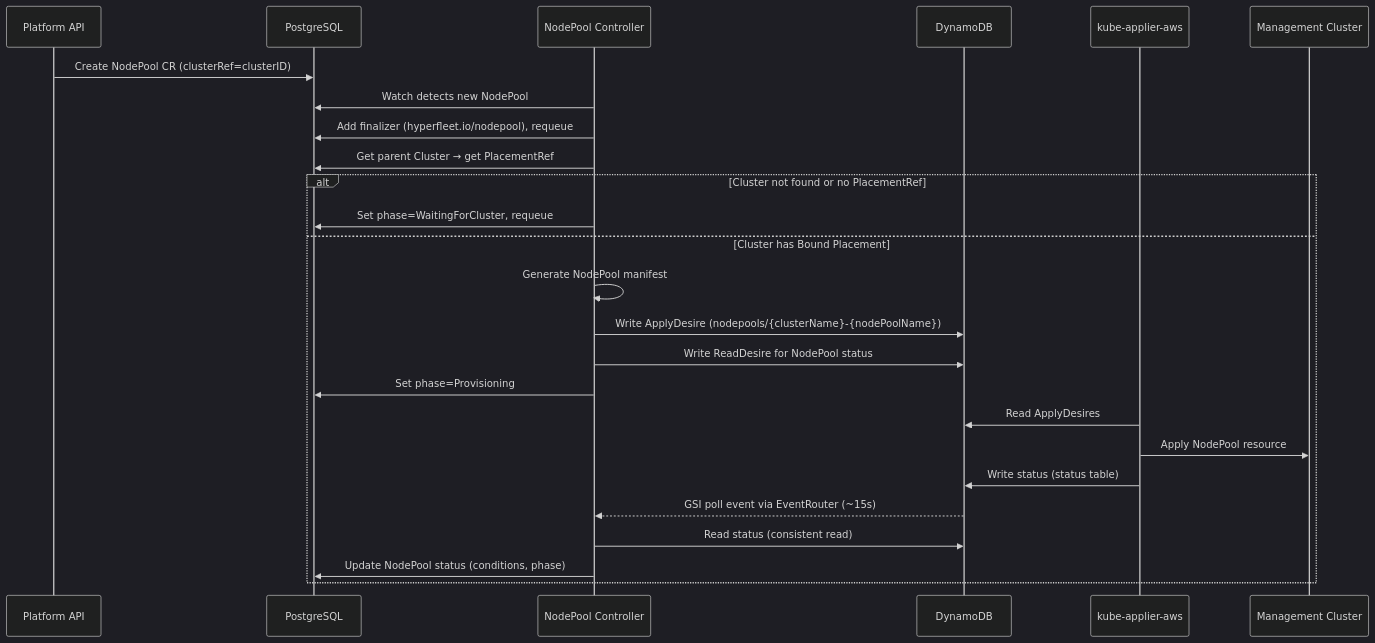
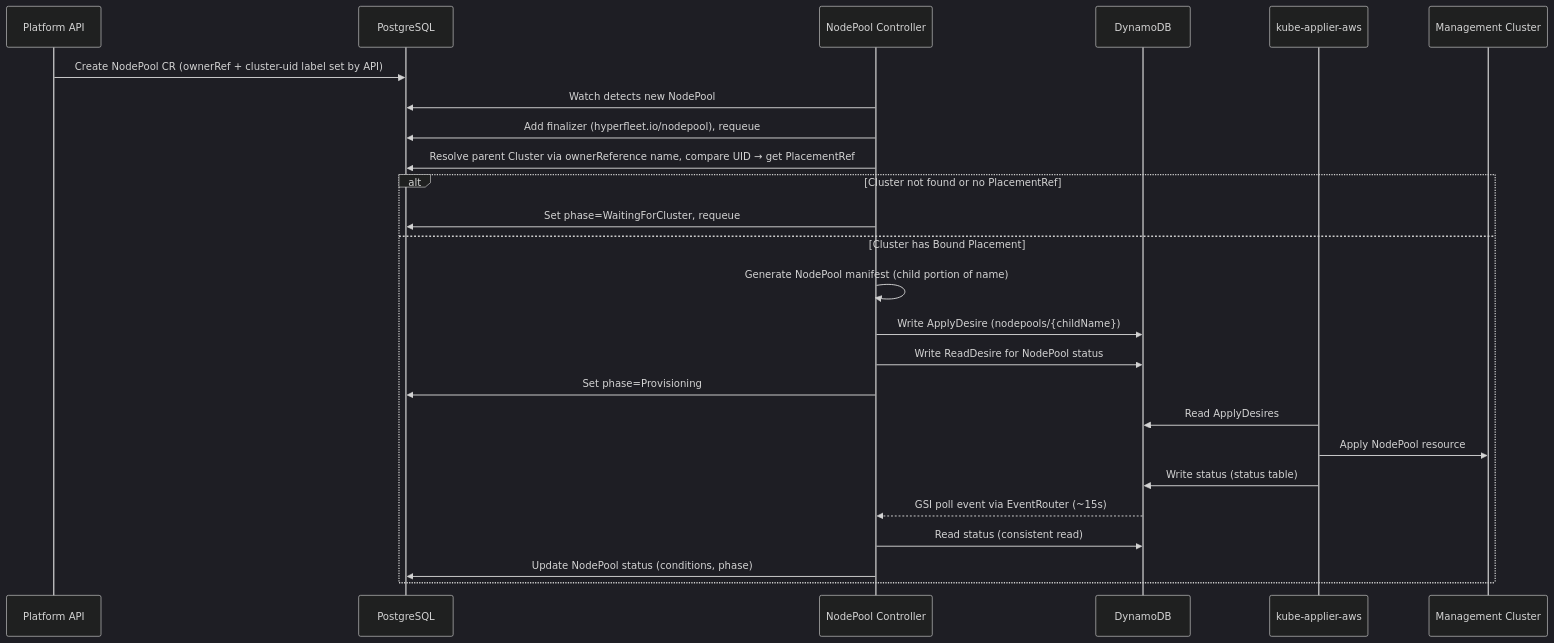
The first of 2 diagrams in hyperfleet-operator/docs/nodepool-controller.md (Alcamech/rosa-hyperfleet-api), drawn with Mermaid (dark theme) before and after one commit. The commit also changed other lines of this file and 4 other files, not shown here.

````diff
--- a/hyperfleet-operator/docs/nodepool-controller.md
+++ b/hyperfleet-operator/docs/nodepool-controller.md
@@ -5,29 +5,29 @@
 ```mermaid
 sequenceDiagram
     participant API as Platform API
     participant PG as PostgreSQL
     participant NPC as NodePool Controller
     participant DDB as DynamoDB
 
     participant KA as kube-applier-aws
     participant MC as Management Cluster
 
-    API->>PG: Create NodePool CR (clusterRef=clusterID)
+    API->>PG: Create NodePool CR (ownerRef + cluster-uid label set by API)
     NPC->>PG: Watch detects new NodePool
     NPC->>PG: Add finalizer (hyperfleet.io/nodepool), requeue
-    NPC->>PG: Get parent Cluster → get PlacementRef
+    NPC->>PG: Resolve parent Cluster via ownerReference name, compare UID → get PlacementRef
     alt Cluster not found or no PlacementRef
         NPC->>PG: Set phase=WaitingForCluster, requeue
     else Cluster has Bound Placement
-        NPC->>NPC: Generate NodePool manifest
-        NPC->>DDB: Write ApplyDesire (nodepools/{clusterName}-{nodePoolName})
+        NPC->>NPC: Generate NodePool manifest (child portion of name)
+        NPC->>DDB: Write ApplyDesire (nodepools/{childName})
         NPC->>DDB: Write ReadDesire for NodePool status
         NPC->>PG: Set phase=Provisioning
         KA->>DDB: Read ApplyDesires
         KA->>MC: Apply NodePool resource
         KA->>DDB: Write status (status table)
         DDB-->>NPC: GSI poll event via EventRouter (~15s)
         NPC->>DDB: Read status (consistent read)
         NPC->>PG: Update NodePool status (conditions, phase)
     end
 ```
````
